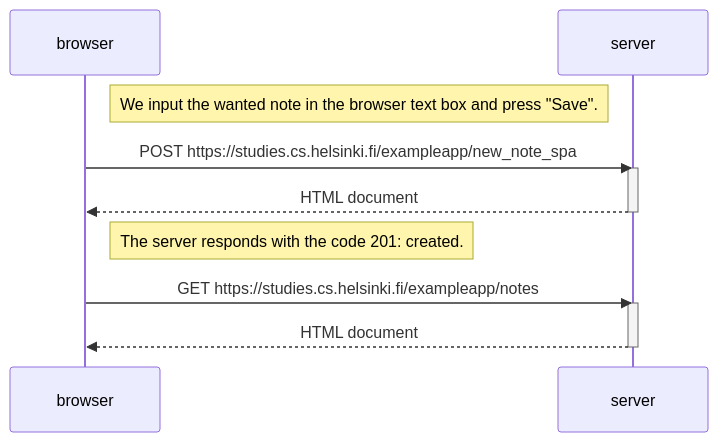
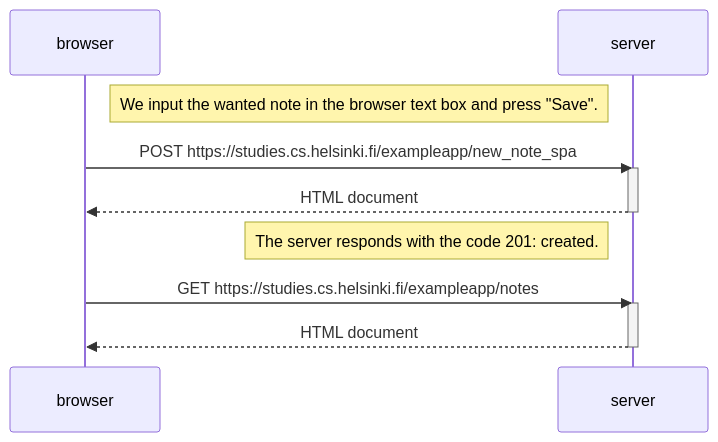
One commit to karlo-kormanic/Fullstack_open changed the diagram in part 0/diagramSinglePage.md. Above: the diagram before and after it, drawn with Mermaid.

Commit message:
minor edits

````diff
--- a/part 0/diagramSinglePage.md
+++ b/part 0/diagramSinglePage.md
@@ -1,20 +1,20 @@
 ```mermaid
   sequenceDiagram
     participant browser
     participant server
 
     Note right of browser: We input the wanted note in the browser text box and press "Save".
     
     browser->>server: POST https://studies.cs.helsinki.fi/exampleapp/new_note_spa
     activate server
     server-->>browser: HTML document
     deactivate server
 
-    Note right of browser: The server responds with the code 201: created.
+    Note left of server: The server responds with the code 201: created.
 
     browser->>server: GET https://studies.cs.helsinki.fi/exampleapp/notes
     activate server
     server-->>browser: HTML document
     deactivate server
 
 ```
````
